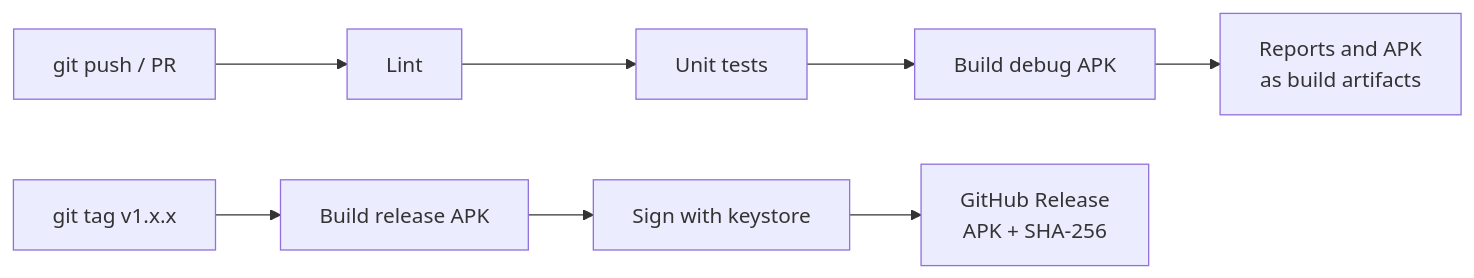
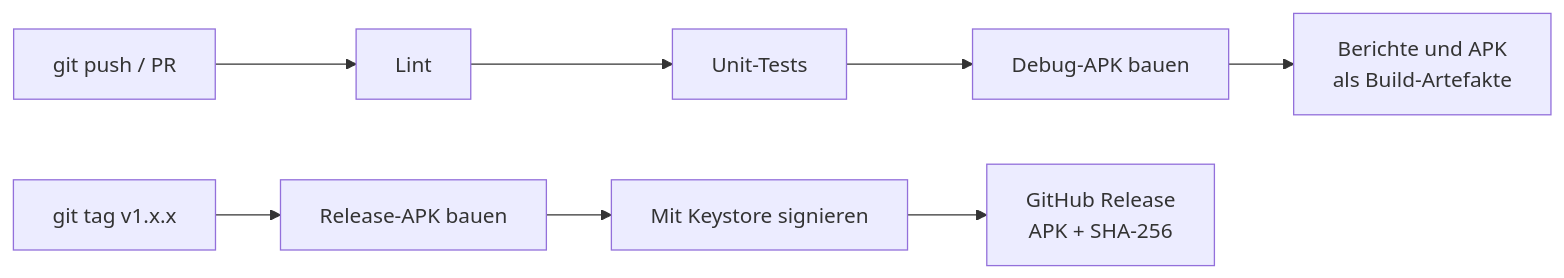
Before and after one commit to El-Tousy/alexandra-voice-assistant: the third of 3 diagrams in README.md, drawn with Mermaid. The commit also changed other lines of this file, not shown here.

````diff
--- a/README.md
+++ b/README.md
@@ -162,10 +162,10 @@
 ```mermaid
 flowchart LR
     C[git push / PR] --> L[Lint]
-    L --> T[Unit tests]
-    T --> B[Build debug APK]
-    B --> R[Reports and APK<br/>as build artifacts]
-    G[git tag v1.x.x] --> S[Build release APK]
-    S --> SG[Sign with keystore]
+    L --> T[Unit-Tests]
+    T --> B[Debug-APK bauen]
+    B --> R[Berichte und APK<br/>als Build-Artefakte]
+    G[git tag v1.x.x] --> S[Release-APK bauen]
+    S --> SG[Mit Keystore signieren]
     SG --> P[GitHub Release<br/>APK + SHA-256]
 ```
````
